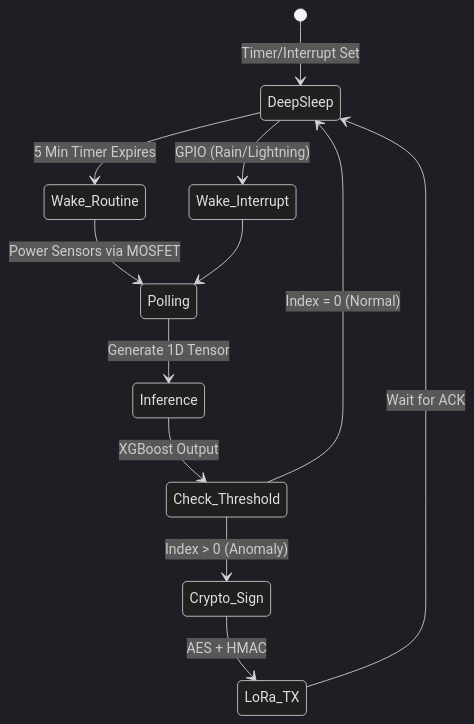
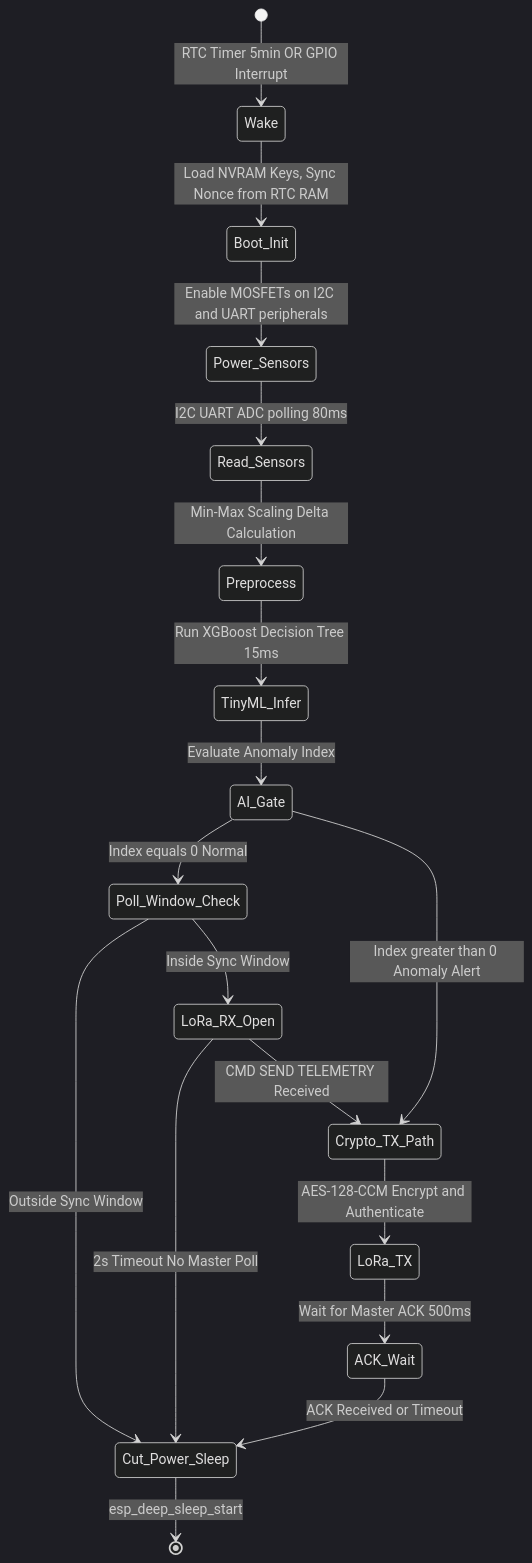
The second of 3 diagrams in overview.md (ciucoiucyfk/Design-Practicum-Project-), drawn with Mermaid (dark theme) before and after one commit. The commit also changed other lines of this file and 4 other files, not shown here.

````diff
--- a/overview.md
+++ b/overview.md
@@ -139,19 +118,26 @@
 ```mermaid
 stateDiagram-v2
-    [*] --> DeepSleep : Timer/Interrupt Set
-    
-    DeepSleep --> Wake_Routine : 5 Min Timer Expires
-    DeepSleep --> Wake_Interrupt : GPIO (Rain/Lightning)
-    
-    Wake_Routine --> Polling : Power Sensors via MOSFET
-    Wake_Interrupt --> Polling
-    
-    Polling --> Inference : Generate 1D Tensor
-    Inference --> Check_Threshold : XGBoost Output
-    
-    Check_Threshold --> DeepSleep : Index = 0 (Normal)
-    Check_Threshold --> Crypto_Sign : Index > 0 (Anomaly)
-    
-    Crypto_Sign --> LoRa_TX : AES + HMAC
-    LoRa_TX --> DeepSleep : Wait for ACK
+    [*] --> Wake : RTC Timer 5min OR GPIO Interrupt
+
+    Wake --> Boot_Init : Load NVRAM Keys, Sync Nonce from RTC RAM
+    Boot_Init --> Power_Sensors : Enable MOSFETs on I2C and UART peripherals
+    Power_Sensors --> Read_Sensors : I2C UART ADC polling 80ms
+    Read_Sensors --> Preprocess : Min-Max Scaling Delta Calculation
+    Preprocess --> TinyML_Infer : Run XGBoost Decision Tree 15ms
+    TinyML_Infer --> AI_Gate : Evaluate Anomaly Index
+
+    AI_Gate --> Poll_Window_Check : Index equals 0 Normal
+    AI_Gate --> Crypto_TX_Path : Index greater than 0 Anomaly Alert
+
+    Poll_Window_Check --> Cut_Power_Sleep : Outside Sync Window
+    Poll_Window_Check --> LoRa_RX_Open : Inside Sync Window
+
+    LoRa_RX_Open --> Cut_Power_Sleep : 2s Timeout No Master Poll
+    LoRa_RX_Open --> Crypto_TX_Path : CMD SEND TELEMETRY Received
+
+    Crypto_TX_Path --> LoRa_TX : AES-128-CCM Encrypt and Authenticate
+    LoRa_TX --> ACK_Wait : Wait for Master ACK 500ms
+    ACK_Wait --> Cut_Power_Sleep : ACK Received or Timeout
+
+    Cut_Power_Sleep --> [*] : esp_deep_sleep_start
 ```
````
